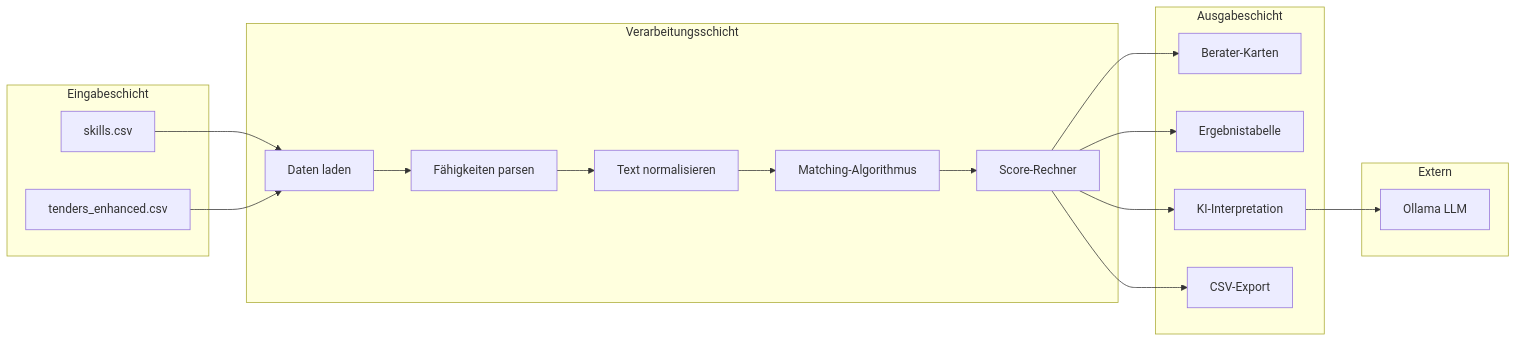
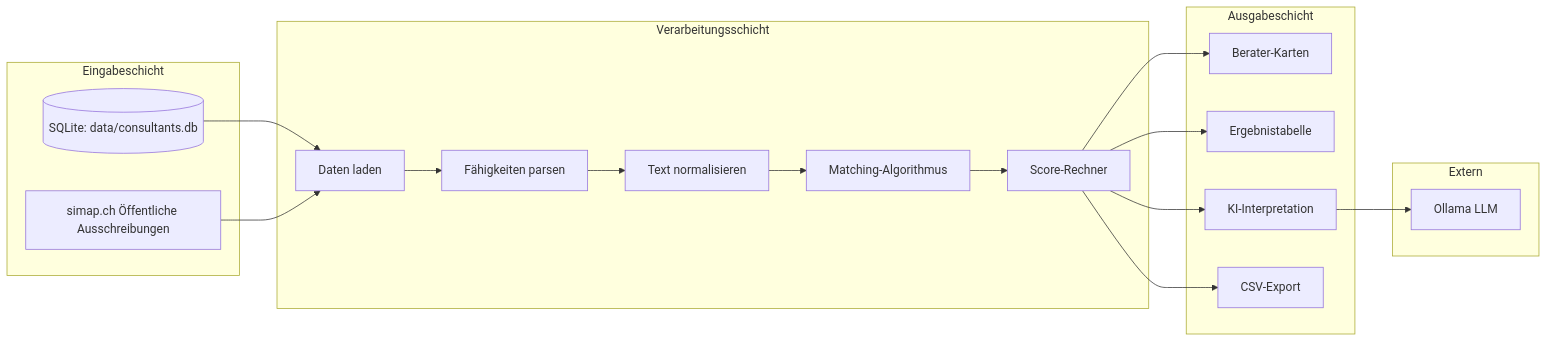
Before and after one commit to aicoreml/Skill-Matrix-Match-Simap-Tenders: the fifth of 10 diagrams in FLOWCHART_DE.md, drawn with Mermaid. The commit also changed other lines of this file and 3 other files, not shown here.

````diff
--- a/FLOWCHART_DE.md
+++ b/FLOWCHART_DE.md
@@ -183,38 +183,38 @@
 ```mermaid
 graph LR
     subgraph "Eingabeschicht"
-        A[skills.csv]
-        B[tenders_enhanced.csv]
+        A[(SQLite: data/consultants.db)]
+        B[simap.ch Öffentliche Ausschreibungen]
     end
     
     subgraph "Verarbeitungsschicht"
         C[Daten laden]
         D[Fähigkeiten parsen]
         E[Text normalisieren]
         F[Matching-Algorithmus]
         G[Score-Rechner]
     end
     
     subgraph "Ausgabeschicht"
         H[Berater-Karten]
         I[Ergebnistabelle]
         J[KI-Interpretation]
         K[CSV-Export]
     end
     
     subgraph "Extern"
         L[Ollama LLM]
     end
     
     A --> C
     B --> C
     C --> D
     D --> E
     E --> F
     F --> G
     G --> H
     G --> I
     G --> J
     J --> L
     G --> K
 ```
````
